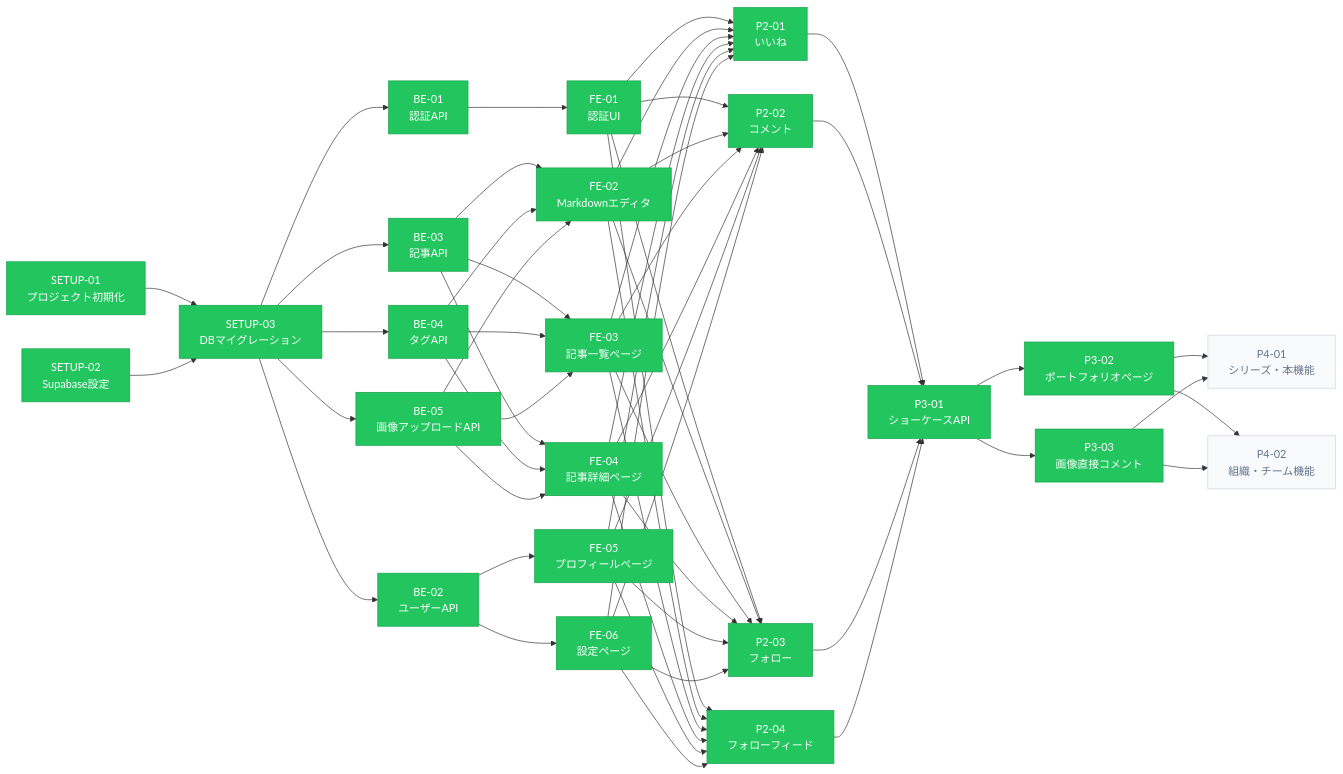
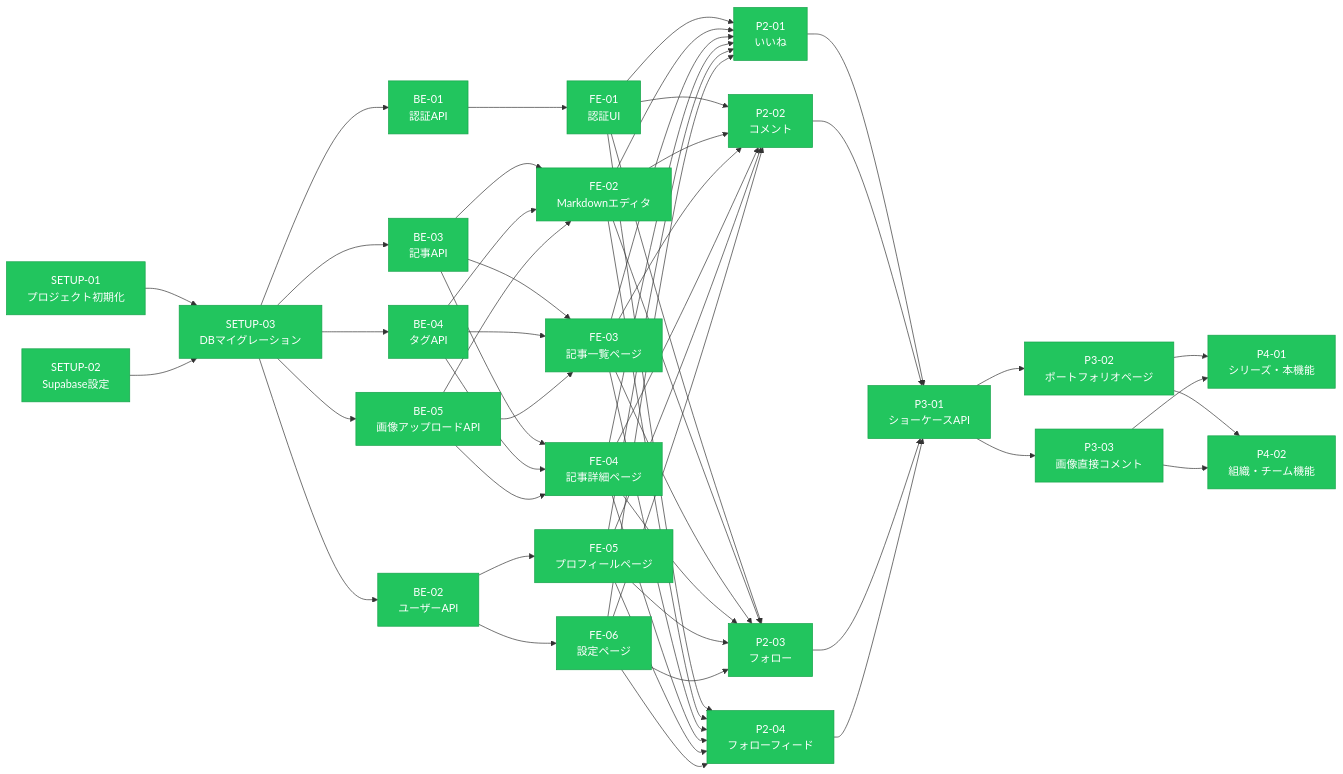
Before and after one commit to eiji0573/creative-platform: the diagram in tickets.md, drawn with Mermaid. The commit also changed other lines of this file and 16 other files, not shown here.

````diff
--- a/tickets.md
+++ b/tickets.md
@@ -5,60 +5,59 @@
 ```mermaid
 flowchart LR
     classDef done       fill:#22c55e,color:#fff,stroke:#16a34a
     classDef inProgress fill:#f59e0b,color:#fff,stroke:#d97706
     classDef pending    fill:#f8fafc,color:#64748b,stroke:#cbd5e1
 
     SETUP-01["SETUP-01\nプロジェクト初期化"]
     SETUP-02["SETUP-02\nSupabase設定"]
     SETUP-03["SETUP-03\nDBマイグレーション"]
 
     BE-01["BE-01\n認証API"]
     FE-01["FE-01\n認証UI"]
 
     BE-03["BE-03\n記事API"]
     BE-04["BE-04\nタグAPI"]
     BE-05["BE-05\n画像アップロードAPI"]
     FE-02["FE-02\nMarkdownエディタ"]
     FE-03["FE-03\n記事一覧ページ"]
     FE-04["FE-04\n記事詳細ページ"]
 
     BE-02["BE-02\nユーザーAPI"]
     FE-05["FE-05\nプロフィールページ"]
     FE-06["FE-06\n設定ページ"]
 
     P2-01["P2-01\nいいね"]
     P2-02["P2-02\nコメント"]
     P2-03["P2-03\nフォロー"]
     P2-04["P2-04\nフォローフィード"]
 
     P3-01["P3-01\nショーケースAPI"]
     P3-02["P3-02\nポートフォリオページ"]
     P3-03["P3-03\n画像直接コメント"]
 
     P4-01["P4-01\nシリーズ・本機能"]
     P4-02["P4-02\n組織・チーム機能"]
 
     %% ステップ0
     SETUP-01 --> SETUP-03
     SETUP-02 --> SETUP-03
 
     %% ステップ1（3ストリーム並行）
     SETUP-03 --> BE-01 --> FE-01
     SETUP-03 --> BE-03 & BE-04 & BE-05
     BE-03 & BE-04 & BE-05 --> FE-02 & FE-03 & FE-04
     SETUP-03 --> BE-02 --> FE-05 & FE-06
 
     %% ステップ2（Phase 2並行）
     FE-01 & FE-02 & FE-03 & FE-04 & FE-05 & FE-06 --> P2-01 & P2-02 & P2-03 & P2-04
 
     %% ステップ3（Phase 3）
     P2-01 & P2-02 & P2-03 & P2-04 --> P3-01
     P3-01 --> P3-02 & P3-03
 
     %% ステップ4（Phase 4）
     P3-02 & P3-03 --> P4-01 & P4-02
 
     %% ステータス色（進捗ボードと同期して更新）
-    class SETUP-01,SETUP-02,SETUP-03,BE-01,BE-02,BE-03,BE-04,BE-05,FE-01,FE-02,FE-03,FE-04,FE-05,FE-06,P2-01,P2-02,P2-03,P2-04,P3-01,P3-02,P3-03 done
-    class P4-01,P4-02 pending
+    class SETUP-01,SETUP-02,SETUP-03,BE-01,BE-02,BE-03,BE-04,BE-05,FE-01,FE-02,FE-03,FE-04,FE-05,FE-06,P2-01,P2-02,P2-03,P2-04,P3-01,P3-02,P3-03,P4-01,P4-02 done
 ```
````
